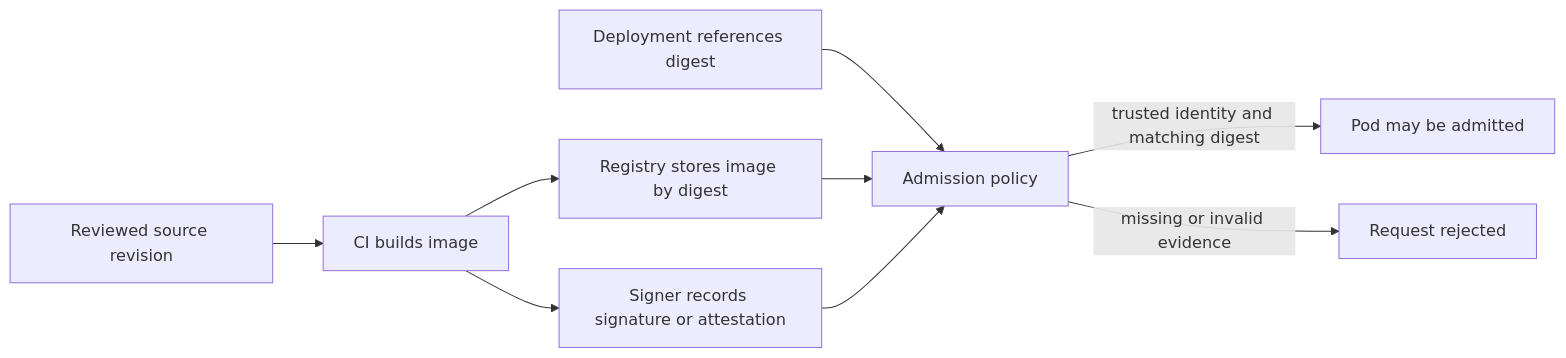
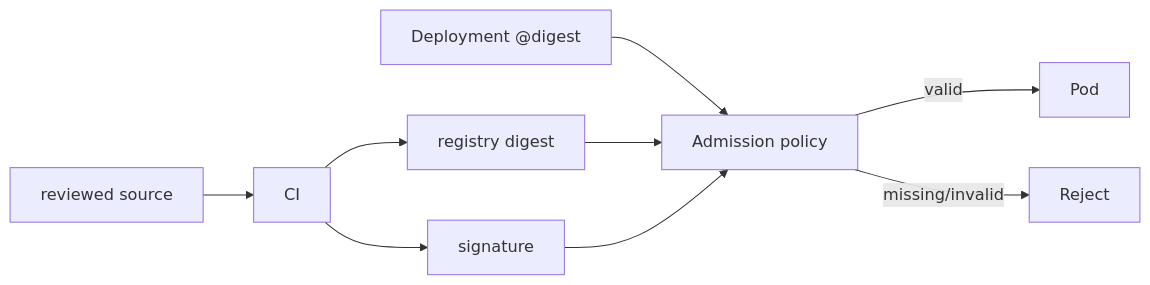
The second of 2 diagrams in docs/learn/security/secrets-and-supply-chain.md (darshan-raul/apollo11-docs), drawn with Mermaid before and after one commit. The commit also changed other lines of this file and 55 other files, not shown here.

````diff
--- a/docs/learn/security/secrets-and-supply-chain.md
+++ b/docs/learn/security/secrets-and-supply-chain.md
@@ -53,11 +39,10 @@
-~~~mermaid
+```mermaid
 flowchart LR
-  Source[Reviewed source revision] --> CI[CI builds image]
-  CI --> Digest[Registry stores image by digest]
-  CI --> Signature[Signer records signature or attestation]
-  Deploy[Deployment references digest] --> Admission[Admission policy]
-  Digest --> Admission
-  Signature --> Admission
-  Admission -->|trusted identity and matching digest| Pod[Pod may be admitted]
-  Admission -->|missing or invalid evidence| Reject[Request rejected]
-~~~
+  Src[reviewed source] --> CI --> Reg[registry digest] 
+  CI --> Sig[signature]
+  Dep[Deployment @digest] --> Adm[Admission policy]
+  Reg --> Adm
+  Sig --> Adm
+  Adm -->|valid| Pod
+  Adm -->|missing/invalid| Reject
+```
````
